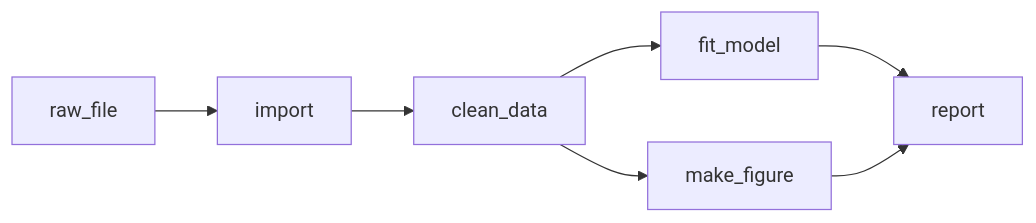
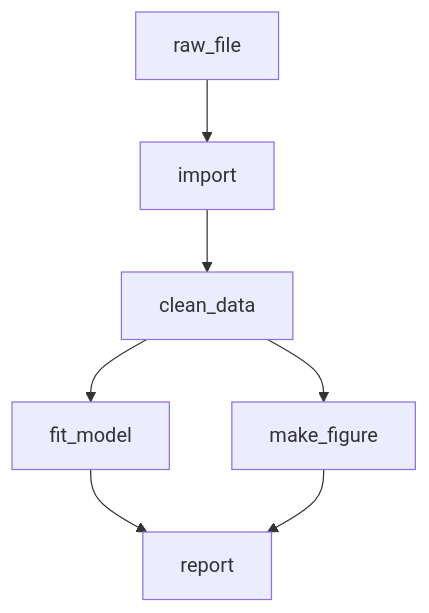
The diagram in 10b-targets.qmd (rgt47/practicum), drawn with Mermaid before and after one commit. The commit also changed 7 other files, not shown here.

````diff
--- a/10b-targets.qmd
+++ b/10b-targets.qmd
@@ -128,14 +128,14 @@
 ```{mermaid}
 %%| label: fig-targets-dag
 %%| fig-cap: "The dependency graph of a small analysis pipeline.
 %%|   Editing `clean_data` makes the model, the figure, and the report
 %%|   stale, but leaves the raw-data import untouched; targets rebuilds
 %%|   exactly the stale nodes and no others."
-flowchart LR
+flowchart TD
   R["raw_file"] --> I["import"]
   I --> C["clean_data"]
   C --> M["fit_model"]
   C --> F["make_figure"]
   M --> Rep["report"]
   F --> Rep
 ```
````
